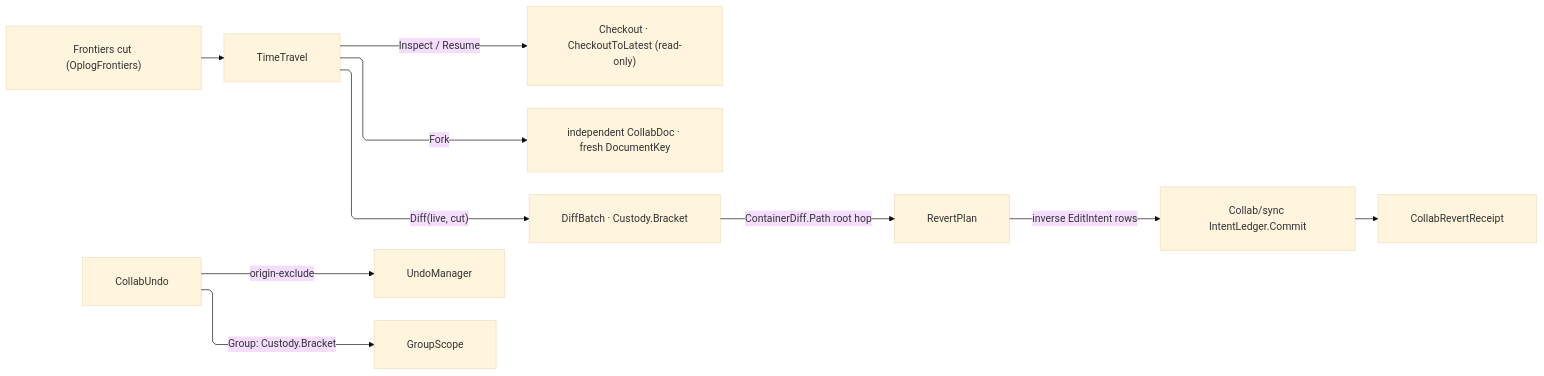
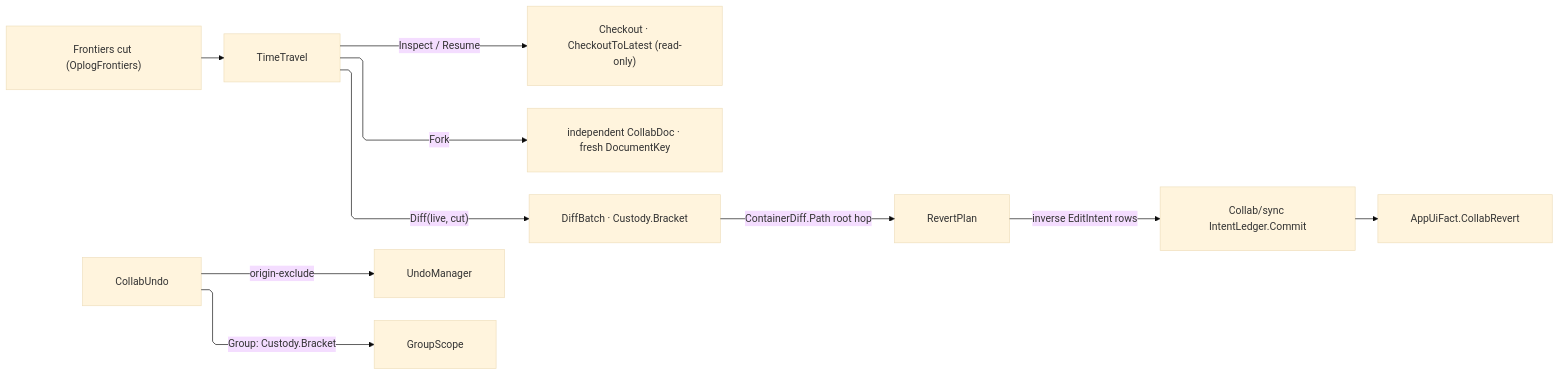
Before and after one commit to bsamiee/Rasm: the first of 2 diagrams in libs/dotnet/Rasm.AppUi/.planning/Collab/compare.md, drawn with Mermaid (base theme). The commit also changed other lines of this file and 1417 other files, not shown here.

````diff
--- a/libs/dotnet/Rasm.AppUi/.planning/Collab/compare.md
+++ b/libs/dotnet/Rasm.AppUi/.planning/Collab/compare.md
@@ -121,21 +121,21 @@
 ```mermaid
 ---
 config:
   layout: elk
   flowchart:
     curve: linear
     padding: 25
 ---
 flowchart LR
     accTitle: Time travel and the committed revert
     accDescr: A historical cut drives checkout, fork, and diff preview; the committed revert inverts each container diff through the root-keyed plan and folds the inverse intents through the one durable commit rail, while local undo drives the engine undo manager under origin exclusion.
     Cut["Frontiers cut (OplogFrontiers)"] --> TimeTravel
     TimeTravel -->|Inspect / Resume| Checkout["Checkout · CheckoutToLatest (read-only)"]
     TimeTravel -->|Fork| Forked["independent CollabDoc · fresh DocumentKey"]
     TimeTravel -->|"Diff(live, cut)"| Batch["DiffBatch · Custody.Bracket"]
     Batch -->|"ContainerDiff.Path root hop"| RevertPlan
     RevertPlan -->|inverse EditIntent rows| IntentLedger["Collab/sync IntentLedger.Commit"]
-    IntentLedger --> Receipt[CollabRevertReceipt]
+    IntentLedger --> HookRail[AppUiFact.CollabRevert]
     CollabUndo -->|origin-exclude| UndoManager
     CollabUndo -->|"Group: Custody.Bracket"| GroupScope
 ```
````
